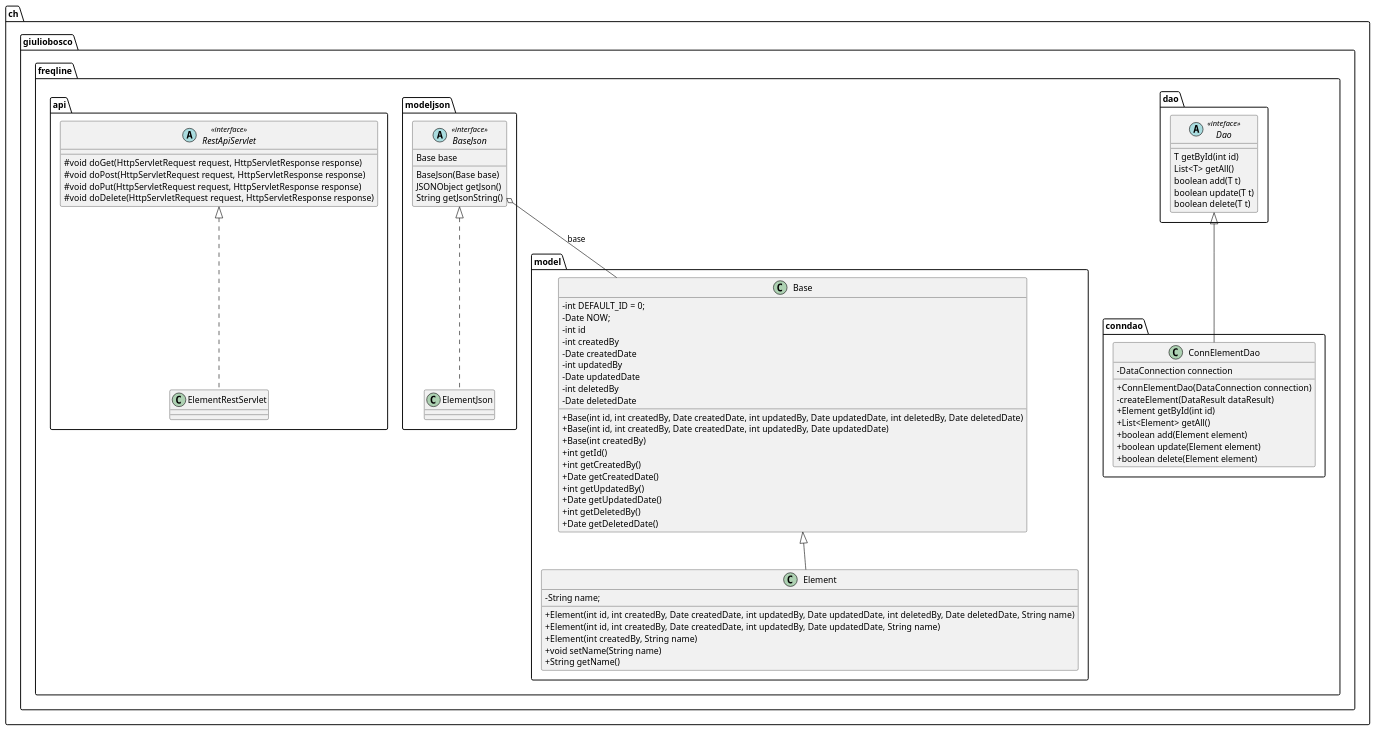
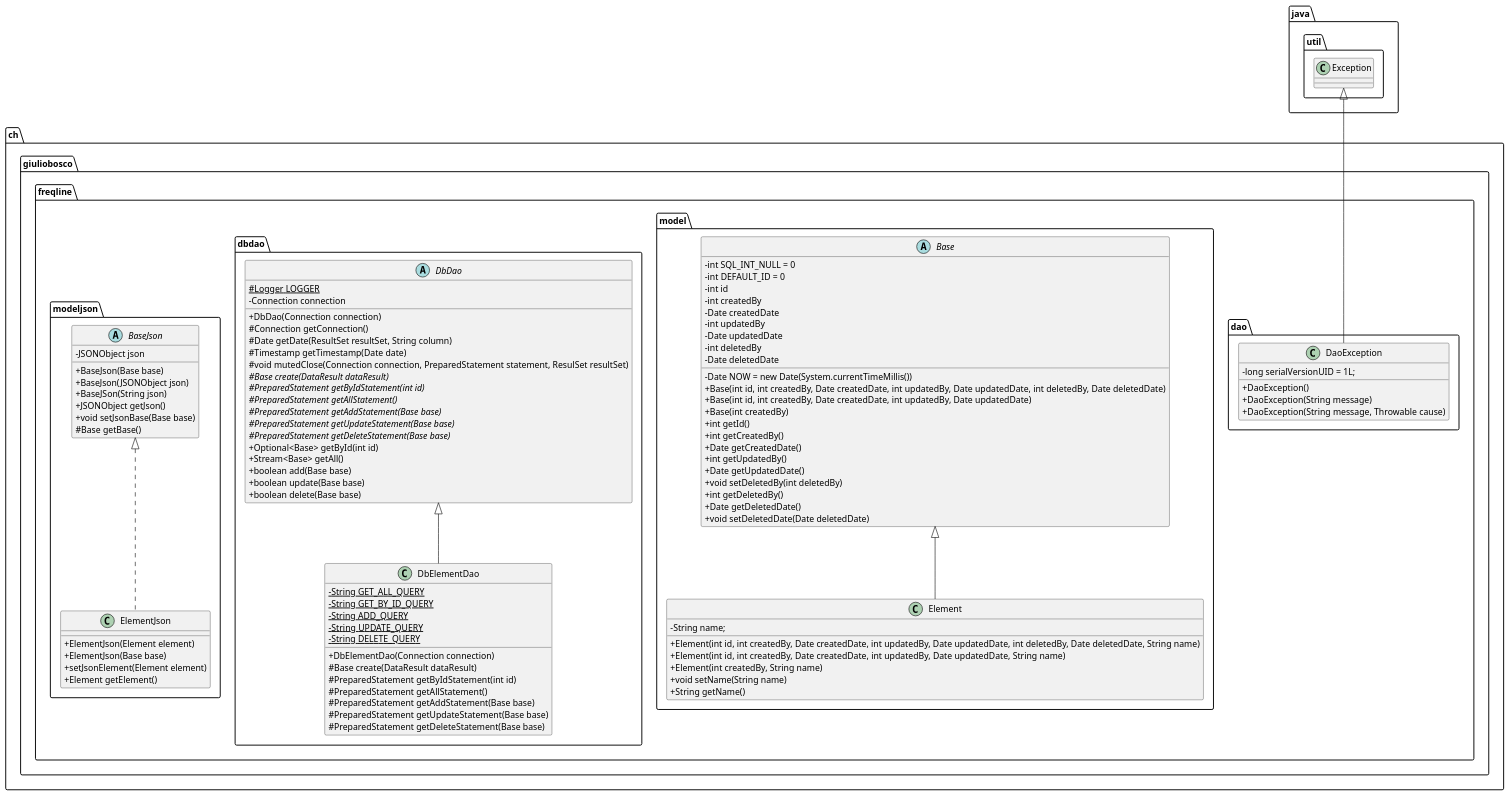
Before and after one commit to giuliobosco/freqline: the diagram in design/dao_classes.puml, drawn with PlantUML. The commit also changed 1 other file, not shown here.

Commit message:
fix design/dao_classes - interface -> abstract

```diff
--- a/design/dao_classes.puml
+++ b/design/dao_classes.puml
@@ -1,92 +1,118 @@
 @startuml
 skinparam classAttributeIconSize 0
 
-package ch.giuliobosco.freqline {
-package dao {
-    abstract Dao <<inteface>> {
-        T getById(int id)
-        List<T> getAll()
-        boolean add(T t)
-        boolean update(T t)
-        boolean delete(T t)
+package java.util {
+    class Exception {
+
     }
 }
 
+package ch.giuliobosco.freqline {
+package dao {
+    class DaoException {
+        - long serialVersionUID = 1L;
+        + DaoException()
+        + DaoException(String message)
+        + DaoException(String message, Throwable cause)
+    }
+    Exception <|-- DaoException
+}
+
 package model {
-    class Base {
-        -int DEFAULT_ID = 0;
-        -Date NOW;
-        -int id
-        -int createdBy
-        -Date createdDate
-        -int updatedBy
-        -Date updatedDate
-        -int deletedBy
-        -Date deletedDate
-        +Base(int id, int createdBy, Date createdDate, int updatedBy, Date updatedDate, int deletedBy, Date deletedDate)
-        +Base(int id, int createdBy, Date createdDate, int updatedBy, Date updatedDate)
-        +Base(int createdBy)
-        +int getId()
-        +int getCreatedBy()
-        +Date getCreatedDate()
-        +int getUpdatedBy()
-        +Date getUpdatedDate()
-        +int getDeletedBy()
-        +Date getDeletedDate()
+    abstract Base {
+        - int SQL_INT_NULL = 0
+        - int DEFAULT_ID = 0
+        - Date NOW = new Date(System.currentTimeMillis())
+        - int id
+        - int createdBy
+        - Date createdDate
+        - int updatedBy
+        - Date updatedDate
+        - int deletedBy
+        - Date deletedDate
+        + Base(int id, int createdBy, Date createdDate, int updatedBy, Date updatedDate, int deletedBy, Date deletedDate)
+        + Base(int id, int createdBy, Date createdDate, int updatedBy, Date updatedDate)
+        + Base(int createdBy)
+        + int getId()
+        + int getCreatedBy()
+        + Date getCreatedDate()
+        + int getUpdatedBy()
+        + Date getUpdatedDate()
+        + void setDeletedBy(int deletedBy)
+        + int getDeletedBy()
+        + Date getDeletedDate()
+        + void setDeletedDate(Date deletedDate)
     }
 
     class Element {
-        -String name;
-        +Element(int id, int createdBy, Date createdDate, int updatedBy, Date updatedDate, int deletedBy, Date deletedDate, String name)
-        +Element(int id, int createdBy, Date createdDate, int updatedBy, Date updatedDate, String name)
-        +Element(int createdBy, String name)
-        +void setName(String name)
-        +String getName()
+        - String name;
+        + Element(int id, int createdBy, Date createdDate, int updatedBy, Date updatedDate, int deletedBy, Date deletedDate, String name)
+        + Element(int id, int createdBy, Date createdDate, int updatedBy, Date updatedDate, String name)
+        + Element(int createdBy, String name)
+        + void setName(String name)
+        + String getName()
     }
     Base <|-- Element
 }
 
-package conndao {
-    class ConnElementDao {
-        - DataConnection connection
-        + ConnElementDao(DataConnection connection)
-        - createElement(DataResult dataResult)
-        + Element getById(int id)
-        + List<Element> getAll()
-        + boolean add(Element element)
-        + boolean update(Element element)
-        + boolean delete(Element element)
+package dbdao {
+    abstract DbDao {
+        # {static} Logger LOGGER
+        - Connection connection
+        + DbDao(Connection connection)
+        # Connection getConnection()
+        # Date getDate(ResultSet resultSet, String column)
+        # Timestamp getTimestamp(Date date)
+        # void mutedClose(Connection connection, PreparedStatement statement, ResulSet resultSet)
+        # {abstract} Base create(DataResult dataResult)
+        # {abstract} PreparedStatement getByIdStatement(int id)
+        # {abstract} PreparedStatement getAllStatement()
+        # {abstract} PreparedStatement getAddStatement(Base base)
+        # {abstract} PreparedStatement getUpdateStatement(Base base)
+        # {abstract} PreparedStatement getDeleteStatement(Base base)
+        + Optional<Base> getById(int id)
+        + Stream<Base> getAll()
+        + boolean add(Base base)
+        + boolean update(Base base)
+        + boolean delete(Base base)
     }
-    Dao <|-- ConnElementDao
+
+    class DbElementDao {
+        - {static} String GET_ALL_QUERY
+        - {static} String GET_BY_ID_QUERY
+        - {static} String ADD_QUERY
+        - {static} String UPDATE_QUERY
+        - {static} String DELETE_QUERY
+        + DbElementDao(Connection connection)
+        # Base create(DataResult dataResult)
+        # PreparedStatement getByIdStatement(int id)
+        # PreparedStatement getAllStatement()
+        # PreparedStatement getAddStatement(Base base)
+        # PreparedStatement getUpdateStatement(Base base)
+        # PreparedStatement getDeleteStatement(Base base)
+    }
+    DbDao <|-- DbElementDao
 }
 
 package modeljson {
-    abstract BaseJson <<interface>> {
-        Base base
-        BaseJson(Base base)
-        JSONObject getJson()
-        String getJsonString()
+    abstract BaseJson {
+        - JSONObject json
+        + BaseJson(Base base)
+        + BaseJson(JSONObject json)
+        + BaseJSon(String json)
+        + JSONObject getJson()
+        + void setJsonBase(Base base)
+        # Base getBase()
     }
-    BaseJson o-- Base : base
 
     class ElementJson {
-
+        + ElementJson(Element element)
+        + ElementJson(Base base)
+        + setJsonElement(Element element)
+        + Element getElement()
     }
     BaseJson <|.. ElementJson
 }
 
-package api {
-    abstract RestApiServlet <<interface>> {
-        #void doGet(HttpServletRequest request, HttpServletResponse response)
-        #void doPost(HttpServletRequest request, HttpServletResponse response)
-        #void doPut(HttpServletRequest request, HttpServletResponse response)
-        #void doDelete(HttpServletRequest request, HttpServletResponse response)
-    }
-
-    class ElementRestServlet {
-
-    }
-    RestApiServlet <|.. ElementRestServlet
-}
 }
 @enduml
```
